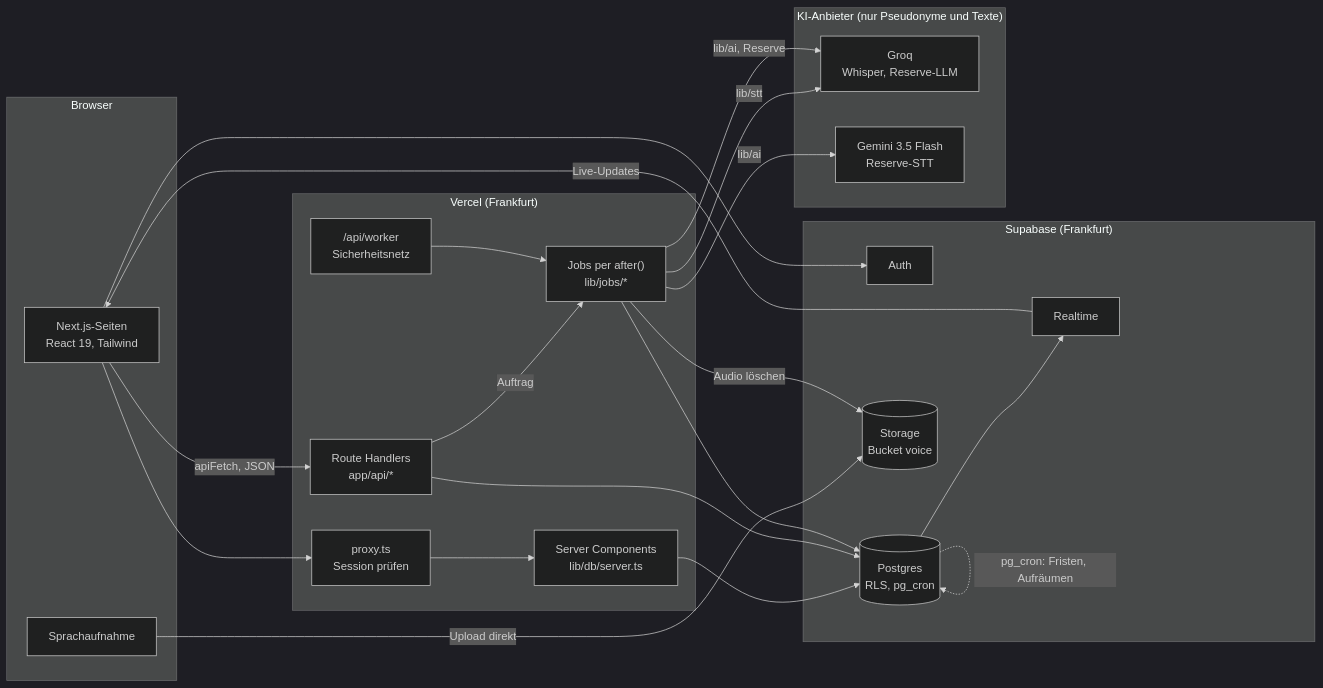
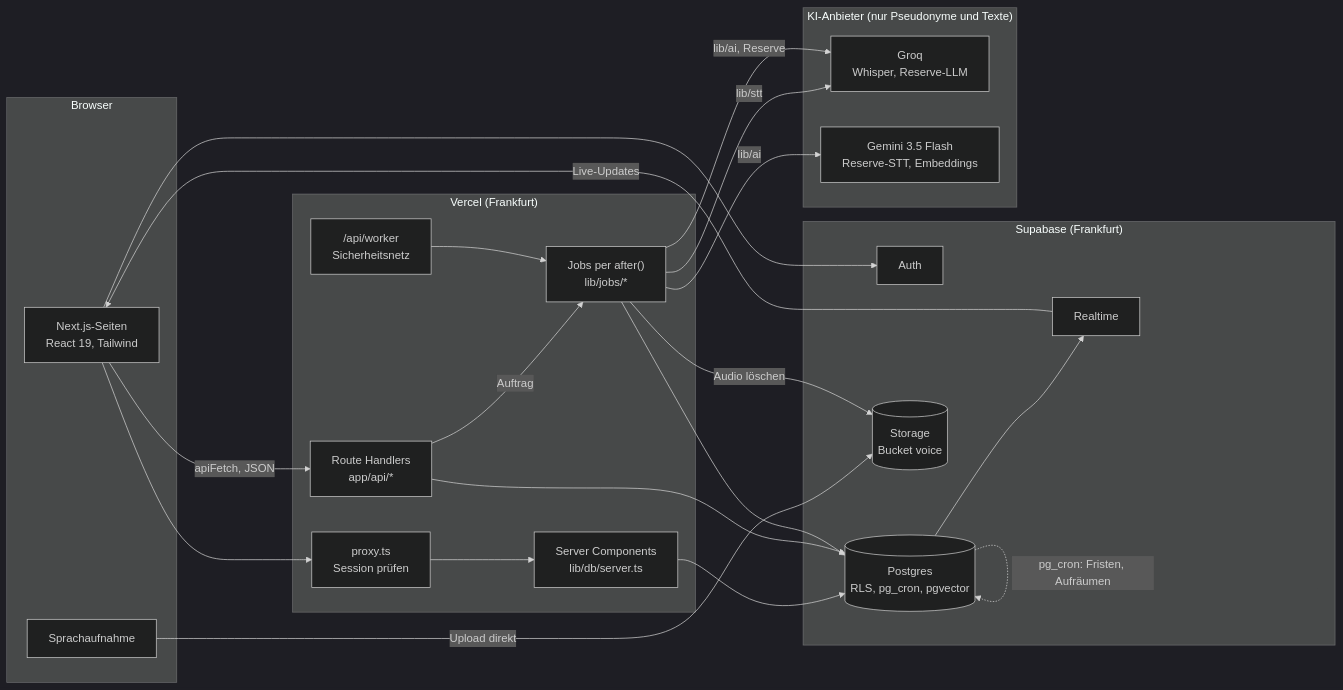
The first of 4 diagrams in docs/architecture.md (Co-Future/CoFuture), drawn with Mermaid (dark theme) before and after one commit. The commit also changed other lines of this file and 17 other files, not shown here.

````diff
--- a/docs/architecture.md
+++ b/docs/architecture.md
@@ -13,41 +13,41 @@
 ```mermaid
 flowchart LR
   subgraph Browser
     UI["Next.js-Seiten<br/>React 19, Tailwind"]
     REC["Sprachaufnahme"]
   end
 
   subgraph Vercel["Vercel (Frankfurt)"]
     PROXY["proxy.ts<br/>Session prüfen"]
     RSC["Server Components<br/>lib/db/server.ts"]
     API["Route Handlers<br/>app/api/*"]
     JOBS["Jobs per after()<br/>lib/jobs/*"]
     WORKER["/api/worker<br/>Sicherheitsnetz"]
   end
 
   subgraph Supabase["Supabase (Frankfurt)"]
     AUTH["Auth"]
-    DB[("Postgres<br/>RLS, pg_cron")]
+    DB[("Postgres<br/>RLS, pg_cron, pgvector")]
     RT["Realtime"]
     ST[("Storage<br/>Bucket voice")]
   end
 
   subgraph KI["KI-Anbieter (nur Pseudonyme und Texte)"]
     GROQ["Groq<br/>Whisper, Reserve-LLM"]
-    GEM["Gemini 3.5 Flash<br/>Reserve-STT"]
+    GEM["Gemini 3.5 Flash<br/>Reserve-STT, Embeddings"]
   end
 
   UI --> PROXY --> RSC --> DB
   UI -- "apiFetch, JSON" --> API --> DB
   REC -- "Upload direkt" --> ST
   API -- "Auftrag" --> JOBS
   WORKER --> JOBS
   JOBS -- "lib/stt" --> GROQ
   JOBS -- "lib/ai" --> GEM
   JOBS -- "lib/ai, Reserve" --> GROQ
   JOBS --> DB
   JOBS -- "Audio löschen" --> ST
   DB --> RT -- "Live-Updates" --> UI
   UI --> AUTH
   DB -. "pg_cron: Fristen, Aufräumen" .-> DB
 ```
````
